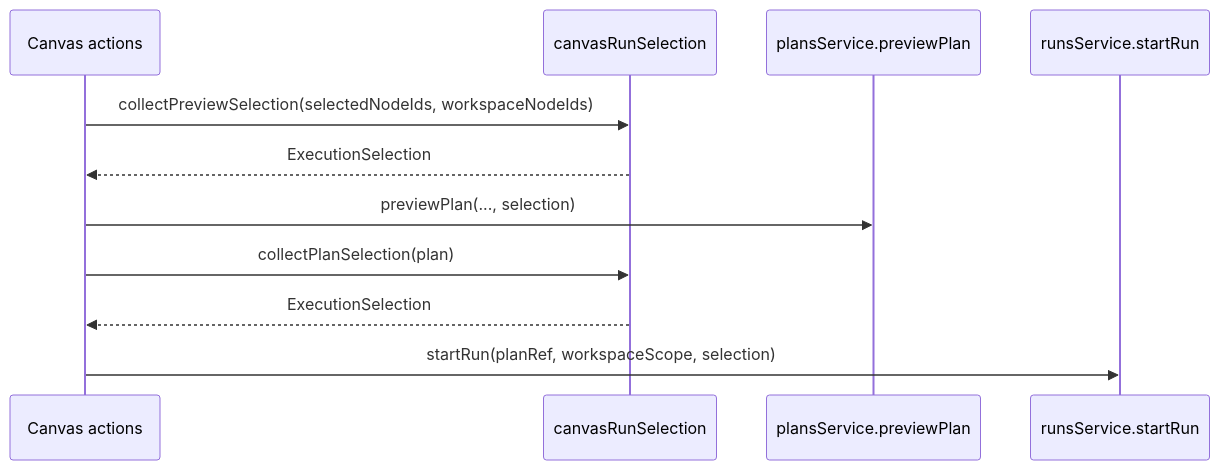
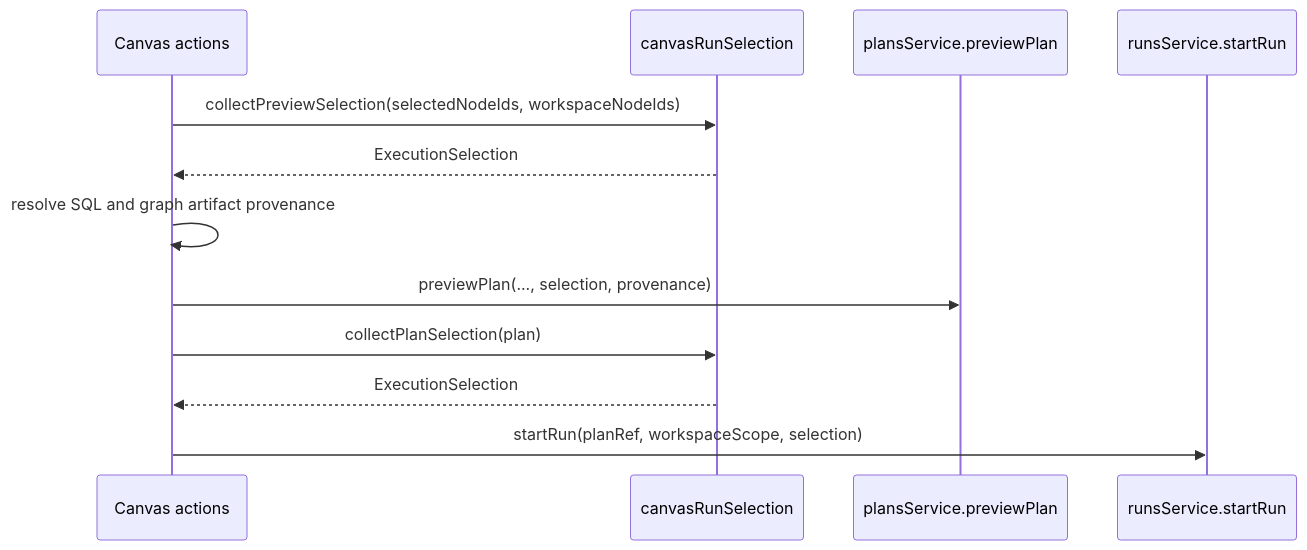
One commit to dunay2/dvt changed the second of 5 diagrams in docs/architecture/components/web/graph/canvas-execution-selection-component.md. Above: the diagram before and after it, drawn with Mermaid. The commit also changed other lines of this file and 17 other files, not shown here.

Commit message:
fix(web): Keep canvas plan and run details aligned

````diff
--- a/docs/architecture/components/web/graph/canvas-execution-selection-component.md
+++ b/docs/architecture/components/web/graph/canvas-execution-selection-component.md
@@ -83,15 +94,16 @@
 ```mermaid
 sequenceDiagram
   participant Canvas as Canvas actions
   participant Selection as canvasRunSelection
   participant Plans as plansService.previewPlan
   participant Runs as runsService.startRun
 
   Canvas->>Selection: collectPreviewSelection(selectedNodeIds, workspaceNodeIds)
   Selection-->>Canvas: ExecutionSelection
-  Canvas->>Plans: previewPlan(..., selection)
+  Canvas->>Canvas: resolve SQL and graph artifact provenance
+  Canvas->>Plans: previewPlan(..., selection, provenance)
 
   Canvas->>Selection: collectPlanSelection(plan)
   Selection-->>Canvas: ExecutionSelection
   Canvas->>Runs: startRun(planRef, workspaceScope, selection)
 ```
````
